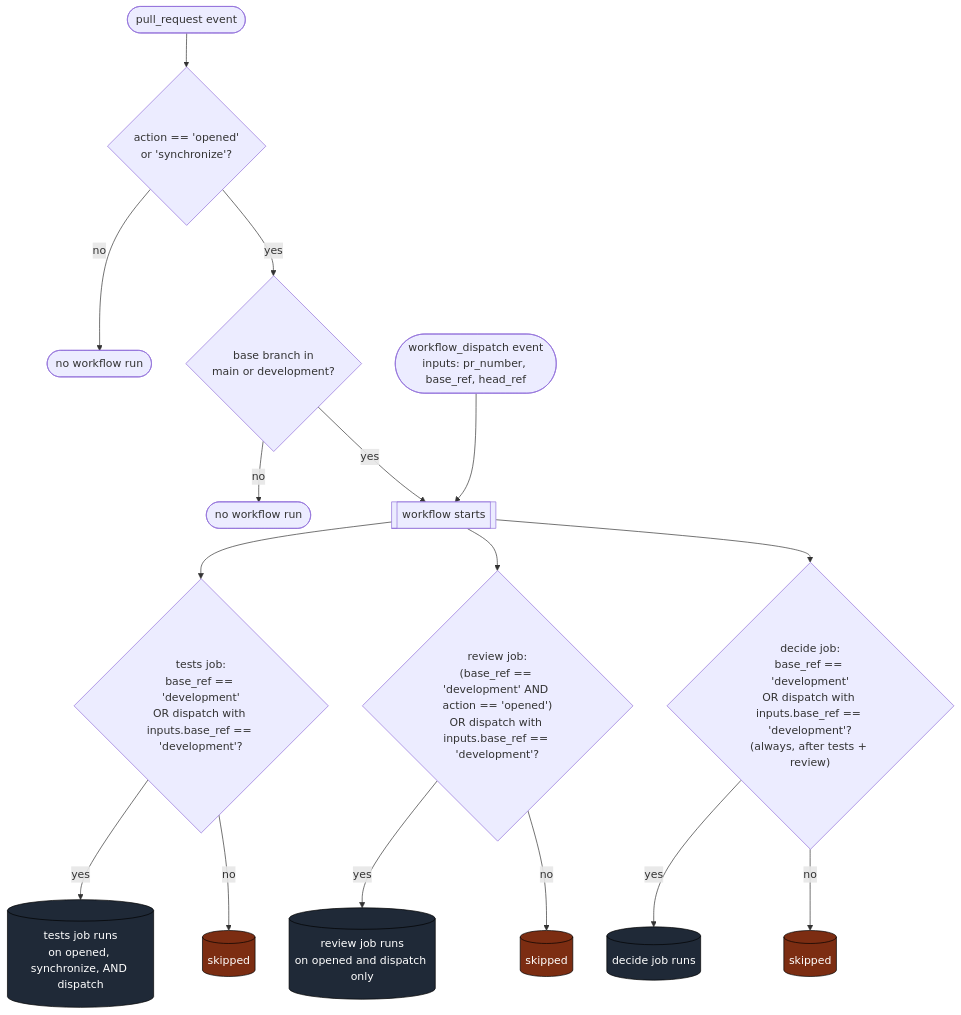
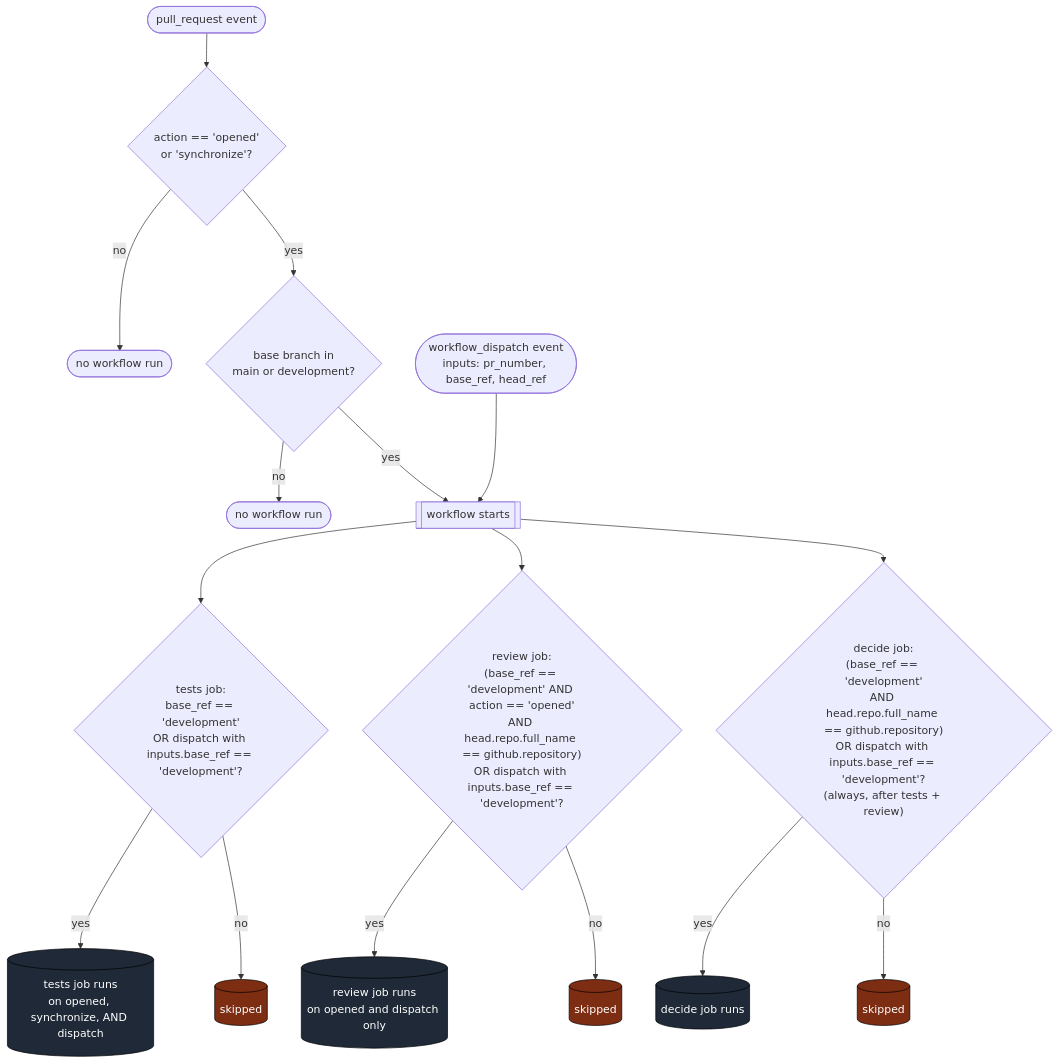
Before and after one commit to llm-exe/llm-exe: the second of 12 diagrams in .github/docs/AGENT_REVIEW_PR_DEEP_DIVE.md, drawn with Mermaid. The commit also changed other lines of this file and 3 other files, not shown here.

First line of the commit message:
docs: sync review deep dive after agent-review-pr.yml fork guard

````diff
--- a/.github/docs/AGENT_REVIEW_PR_DEEP_DIVE.md
+++ b/.github/docs/AGENT_REVIEW_PR_DEEP_DIVE.md
@@ -126,28 +127,28 @@
 ```mermaid
 flowchart TB
     classDef trig fill:#0e7490,color:#fff,stroke:#000
     classDef gate fill:#7c2d12,color:#fff,stroke:#000
     classDef out fill:#1f2937,color:#fff,stroke:#000
 
     start_pr([pull_request event])
     start_pr --> typ{action == 'opened'\nor 'synchronize'?}
     typ -->|no| nop1([no workflow run])
     typ -->|yes| brn{base branch in\nmain or development?}
     brn -->|no| nop2([no workflow run])
     brn -->|yes| job[[workflow starts]]
 
     start_wd([workflow_dispatch event\ninputs: pr_number, base_ref, head_ref])
     start_wd --> job
 
     job --> tests_if{"tests job:\nbase_ref == 'development'\nOR dispatch with inputs.base_ref == 'development'?"}
     tests_if -->|yes| tests_run[(tests job runs\non opened, synchronize, AND dispatch)]:::out
     tests_if -->|no| tests_skip[(skipped)]:::gate
 
-    job --> review_if{"review job:\n(base_ref == 'development' AND action == 'opened')\nOR dispatch with inputs.base_ref == 'development'?"}
+    job --> review_if{"review job:\n(base_ref == 'development' AND action == 'opened'\nAND head.repo.full_name == github.repository)\nOR dispatch with inputs.base_ref == 'development'?"}
     review_if -->|yes| review_run[(review job runs\non opened and dispatch only)]:::out
     review_if -->|no| review_skip[(skipped)]:::gate
 
-    job --> decide_if{"decide job:\nbase_ref == 'development'\nOR dispatch with inputs.base_ref == 'development'?\n(always, after tests + review)"}
+    job --> decide_if{"decide job:\n(base_ref == 'development'\nAND head.repo.full_name == github.repository)\nOR dispatch with inputs.base_ref == 'development'?\n(always, after tests + review)"}
     decide_if -->|yes| decide_run[(decide job runs)]:::out
     decide_if -->|no| decide_skip[(skipped)]:::gate
 ```
````
